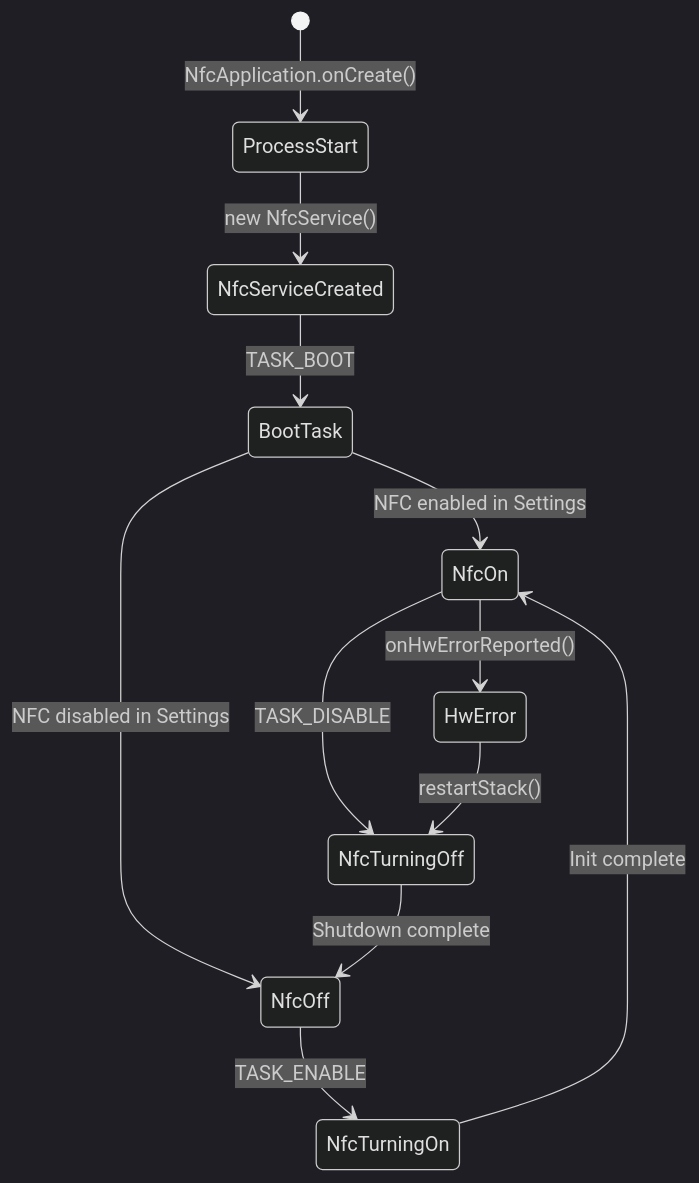
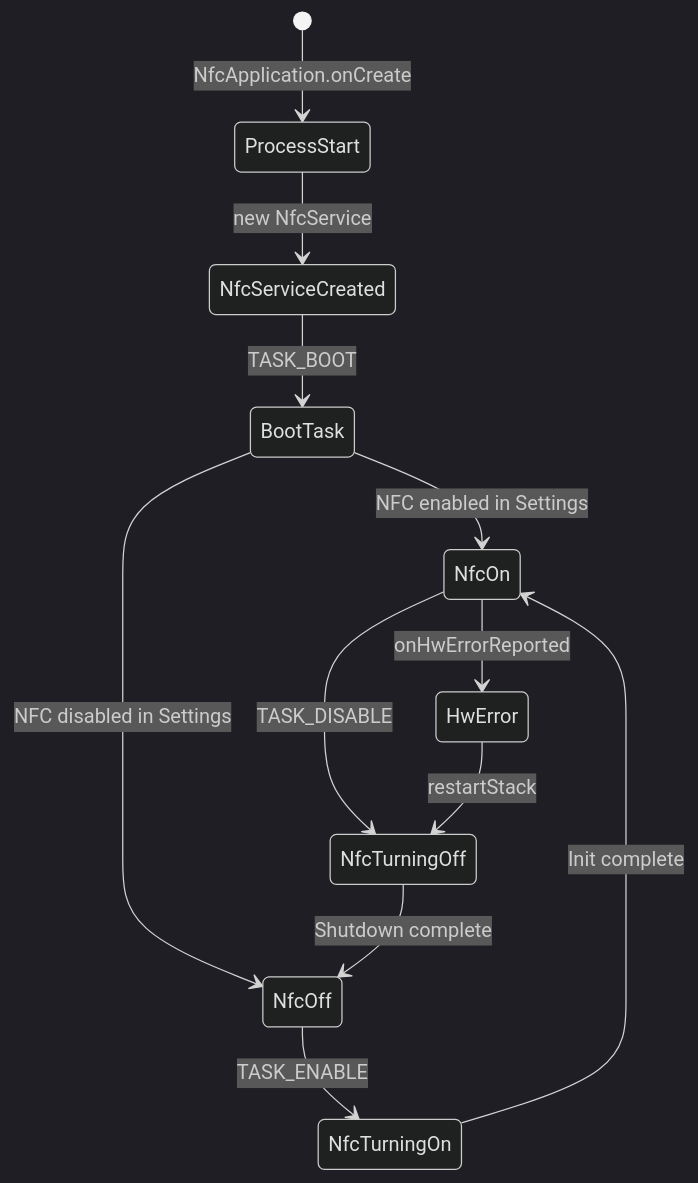
Before and after one commit to fwrite0920/aosp-internal-book: the fourth of 19 diagrams in 38-nfc.md, drawn with Mermaid (dark theme). The commit also changed other lines of this file and 13 other files, not shown here.

First line of the commit message:
Fix Mermaid diagrams and formatting in Parts VII-VIII (chapters 26-39)

````diff
--- a/38-nfc.md
+++ b/38-nfc.md
@@ -313,14 +313,14 @@
 ```mermaid
 stateDiagram-v2
-    [*] --> ProcessStart: NfcApplication.onCreate()
-    ProcessStart --> NfcServiceCreated: new NfcService()
+    [*] --> ProcessStart: NfcApplication.onCreate
+    ProcessStart --> NfcServiceCreated: new NfcService
     NfcServiceCreated --> BootTask: TASK_BOOT
     BootTask --> NfcOn: NFC enabled in Settings
     BootTask --> NfcOff: NFC disabled in Settings
     NfcOn --> NfcTurningOff: TASK_DISABLE
     NfcTurningOff --> NfcOff: Shutdown complete
     NfcOff --> NfcTurningOn: TASK_ENABLE
     NfcTurningOn --> NfcOn: Init complete
-    NfcOn --> HwError: onHwErrorReported()
-    HwError --> NfcTurningOff: restartStack()
+    NfcOn --> HwError: onHwErrorReported
+    HwError --> NfcTurningOff: restartStack
 ```
````
